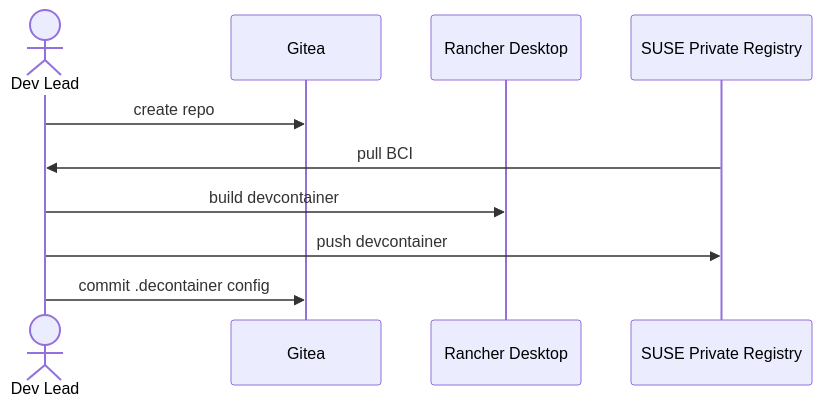
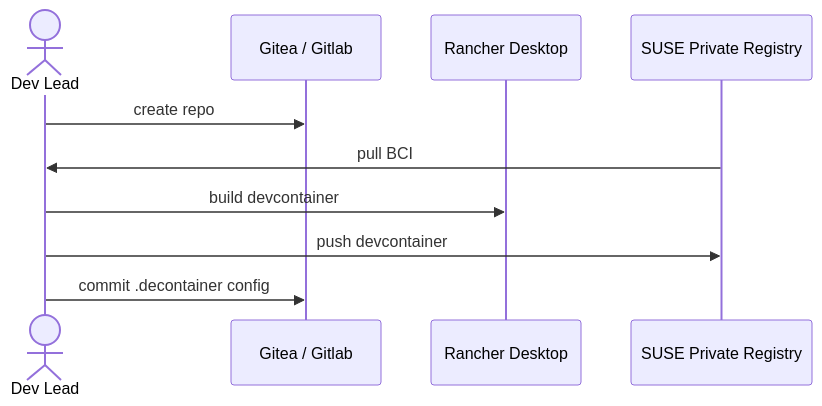
Before and after one commit to rancher/devx-designs: the third of 4 diagrams in docs/docs/gitops-overview.md, drawn with Mermaid. The commit also changed other lines of this file and 1 other file, not shown here.

Commit message:
Add Observability and Security to gitops diagram. Simplify others.

````diff
--- a/docs/docs/gitops-overview.md
+++ b/docs/docs/gitops-overview.md
@@ -89,13 +85,13 @@
 ```mermaid
 sequenceDiagram
     actor dev as Dev Lead
-    participant git as Gitea
+    participant git as Gitea / Gitlab
     participant rd as Rancher Desktop
     participant reg as SUSE Private Registry
     %% participant act as Gitea Action 
     dev->>git: create repo
     reg->>dev: pull BCI
     dev->>rd: build devcontainer
     dev->>reg: push devcontainer 
     dev->>git: commit .decontainer config
 ```
````
